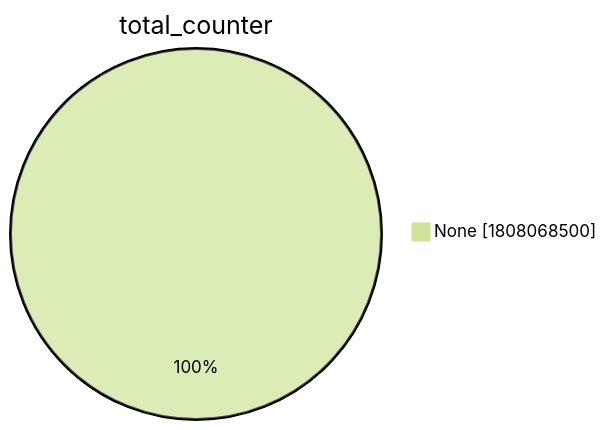
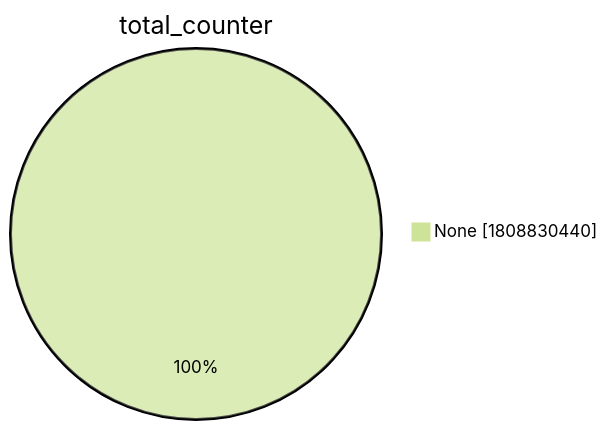
Before and after one commit to christiankrug/ctmonitor_visualization: the second of 15 diagrams in xenon2022/README.md, drawn with Mermaid (forest theme). The commit also changed other lines of this file, not shown here.

````diff
--- a/xenon2022/README.md
+++ b/xenon2022/README.md
@@ -9,5 +9,5 @@
 ```mermaid
 pie showData
 title total_counter
-"None" :1808068500
+"None" :1808830440
 ```
````
